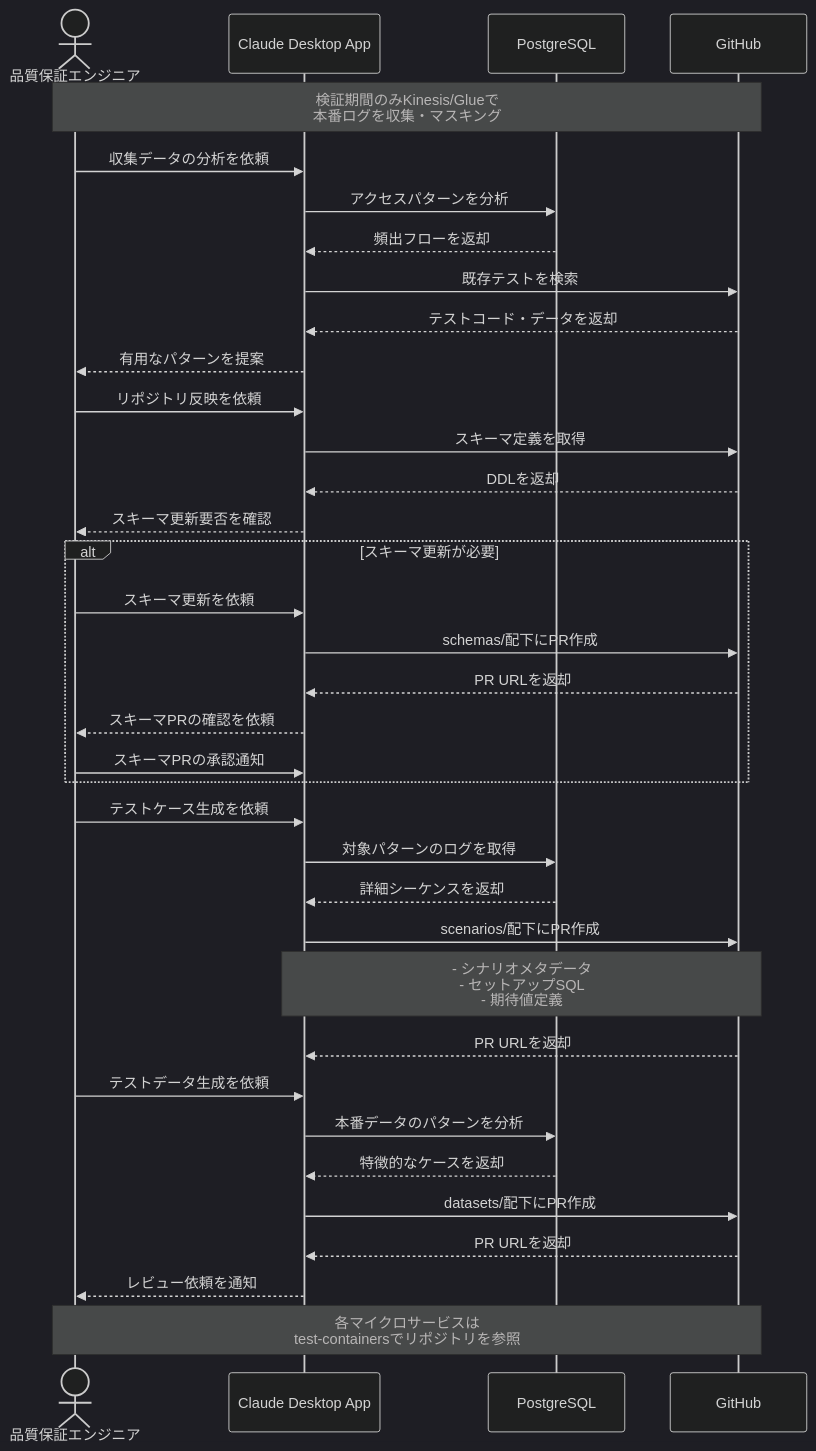
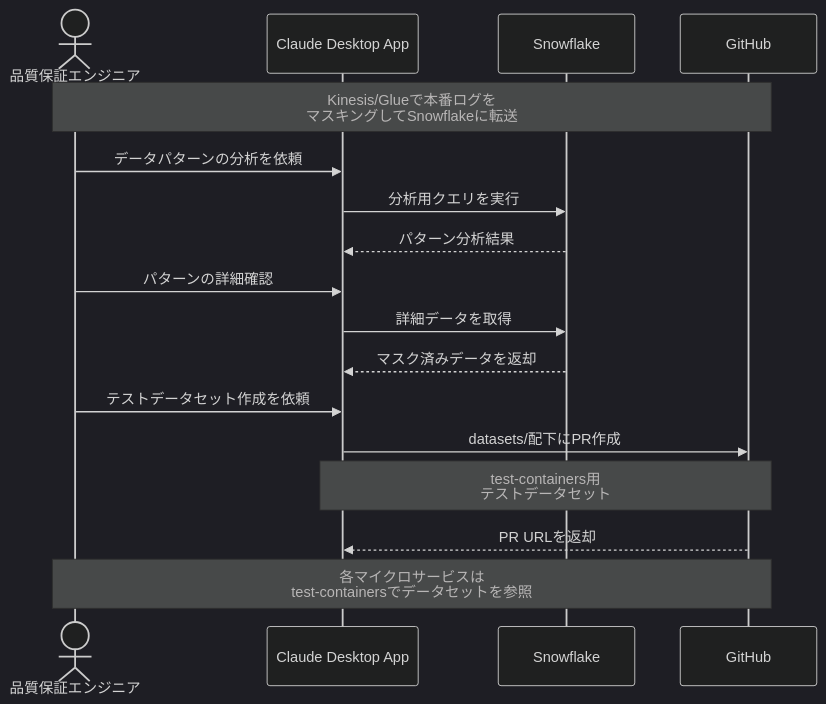
One commit to po-shu/mcp-100-ideas changed the diagram in docs/01_エンジニアリング/本番データからテストを自動生成する.md. Above: the diagram before and after it, drawn with Mermaid (dark theme). The commit also changed other lines of this file and 2 other files, not shown here.

Commit message:
docs: utilize the latest community server, 01,02

````diff
--- a/docs/01_エンジニアリング/本番データからテストを自動生成する.md
+++ b/docs/01_エンジニアリング/本番データからテストを自動生成する.md
@@ -16,46 +16,24 @@
 ```mermaid
 sequenceDiagram
     actor User as 品質保証エンジニア
     participant CAP as Claude Desktop App
-    participant DB as PostgreSQL
+    participant SF as Snowflake
     participant GH as GitHub
     
-    Note over User,GH: 検証期間のみKinesis/Glueで<br>本番ログを収集・マスキング
+    Note over User,GH: Kinesis/Glueで本番ログを<br>マスキングしてSnowflakeに転送
 
-    User->>CAP: 収集データの分析を依頼
-    CAP->>DB: アクセスパターンを分析
-    DB-->>CAP: 頻出フローを返却
-    CAP->>GH: 既存テストを検索
-    GH-->>CAP: テストコード・データを返却
+    User->>CAP: データパターンの分析を依頼
+    CAP->>SF: 分析用クエリを実行
+    SF-->>CAP: パターン分析結果
+    
+    User->>CAP: パターンの詳細確認
+    CAP->>SF: 詳細データを取得
+    SF-->>CAP: マスク済みデータを返却
+    
+    User->>CAP: テストデータセット作成を依頼
+    CAP->>GH: datasets/配下にPR作成
+    Note over CAP,GH: test-containers用<br>テストデータセット
+    GH-->>CAP: PR URLを返却
 
-    CAP-->>User: 有用なパターンを提案
-    User->>CAP: リポジトリ反映を依頼
-
-    CAP->>GH: スキーマ定義を取得
-    GH-->>CAP: DDLを返却
-    CAP-->>User: スキーマ更新要否を確認
-    
-    alt スキーマ更新が必要
-        User->>CAP: スキーマ更新を依頼
-        CAP->>GH: schemas/配下にPR作成
-        GH-->>CAP: PR URLを返却
-        CAP-->>User: スキーマPRの確認を依頼
-        User->>CAP: スキーマPRの承認通知
-    end
-
-    User->>CAP: テストケース生成を依頼
-    CAP->>DB: 対象パターンのログを取得
-    DB-->>CAP: 詳細シーケンスを返却
-    CAP->>GH: scenarios/配下にPR作成
-    Note over CAP,GH: - シナリオメタデータ<br>- セットアップSQL<br>- 期待値定義
-    GH-->>CAP: PR URLを返却
-    
-    User->>CAP: テストデータ生成を依頼
-    CAP->>DB: 本番データのパターンを分析
-    DB-->>CAP: 特徴的なケースを返却
-    CAP->>GH: datasets/配下にPR作成
-    GH-->>CAP: PR URLを返却
-    CAP-->>User: レビュー依頼を通知
-
-    Note over User,GH: 各マイクロサービスは<br>test-containersでリポジトリを参照
+    Note over User,GH: 各マイクロサービスは<br>test-containersでデータセットを参照
 ```
````
